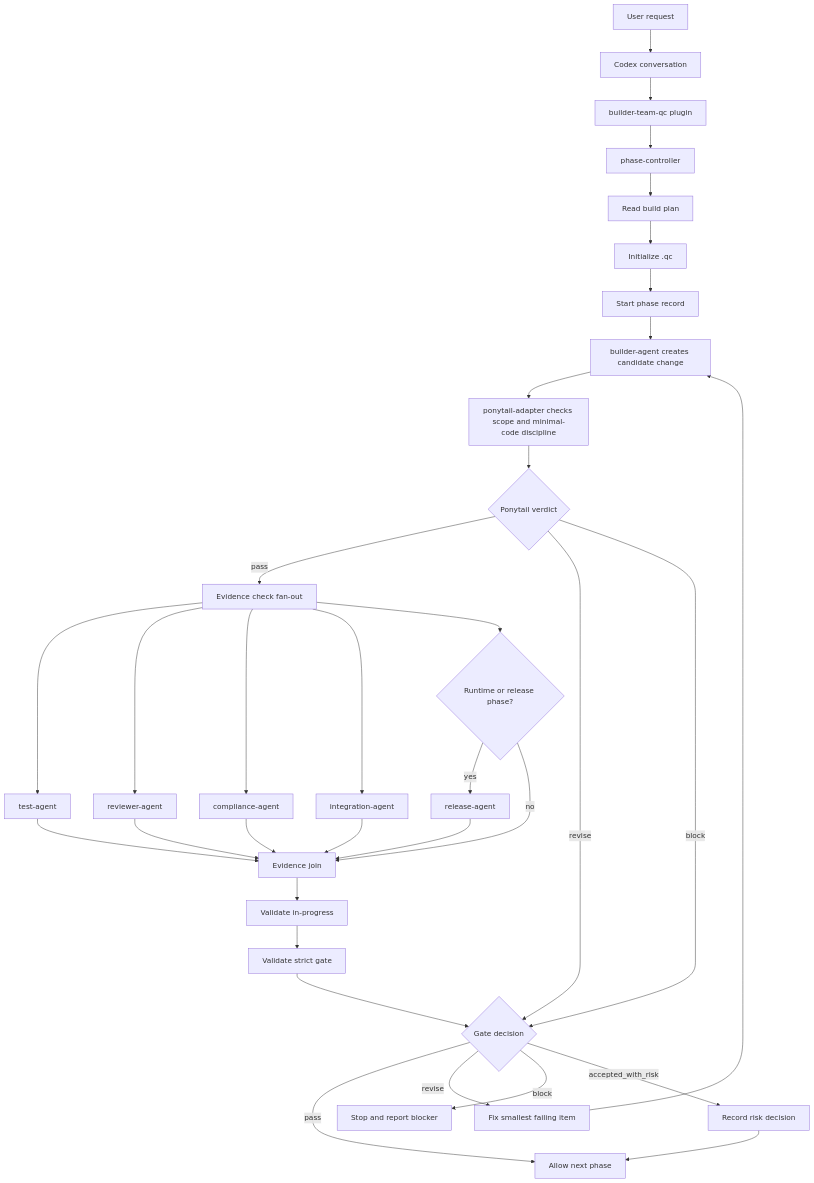
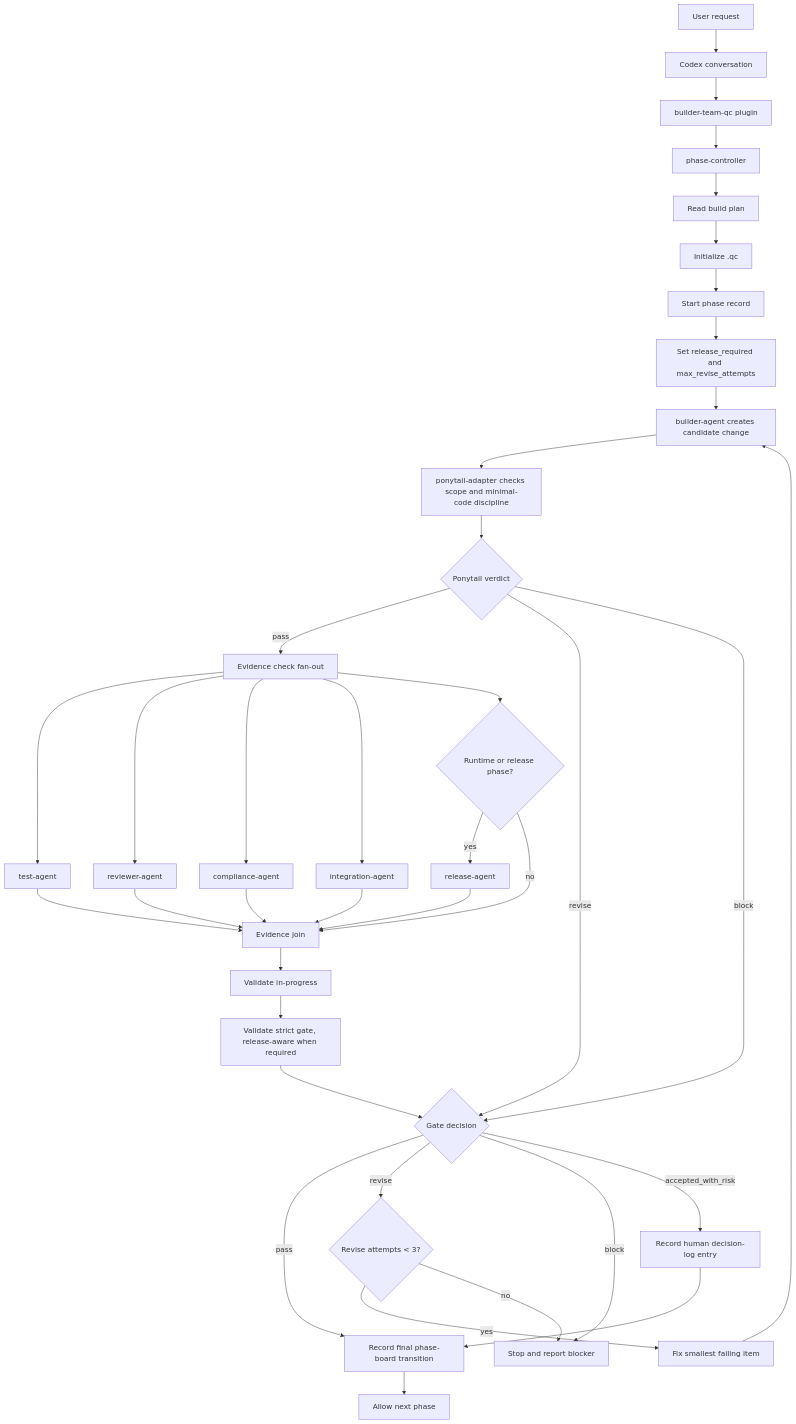
One commit to randy-aloop/everythingcodex changed the first of 4 diagrams in projects/builder-team-qc/plugin/docs/orchestration-diagram.md. Above: the diagram before and after it, drawn with Mermaid. The commit also changed other lines of this file and 6 other files, not shown here.

Commit message:
Harden builder-team-qc gate docs

````diff
--- a/projects/builder-team-qc/plugin/docs/orchestration-diagram.md
+++ b/projects/builder-team-qc/plugin/docs/orchestration-diagram.md
@@ -9,44 +11,48 @@
 ```mermaid
 flowchart TD
     U["User request"] --> C["Codex conversation"]
     C --> P["builder-team-qc plugin"]
     P --> PC["phase-controller"]
 
     PC --> PLAN["Read build plan"]
     PLAN --> INIT["Initialize .qc"]
     INIT --> START["Start phase record"]
-    START --> B["builder-agent creates candidate change"]
+    START --> META["Set release_required and max_revise_attempts"]
+    META --> B["builder-agent creates candidate change"]
 
     B --> PT["ponytail-adapter checks scope and minimal-code discipline"]
     PT --> PTG{"Ponytail verdict"}
 
     PTG -- "pass" --> FAN["Evidence check fan-out"]
     PTG -- "revise" --> GATE
     PTG -- "block" --> GATE
 
     FAN --> T["test-agent"]
     FAN --> R["reviewer-agent"]
     FAN --> CMP["compliance-agent"]
     FAN --> I["integration-agent"]
     FAN --> REL{"Runtime or release phase?"}
 
     REL -- "yes" --> RA["release-agent"]
     REL -- "no" --> JOIN["Evidence join"]
 
     T --> JOIN
     R --> JOIN
     CMP --> JOIN
     I --> JOIN
     RA --> JOIN
 
     JOIN --> V1["Validate in-progress"]
-    V1 --> V2["Validate strict gate"]
+    V1 --> V2["Validate strict gate, release-aware when required"]
     V2 --> GATE{"Gate decision"}
 
-    GATE -- "pass" --> NEXT["Allow next phase"]
-    GATE -- "revise" --> FIX["Fix smallest failing item"]
+    GATE -- "pass" --> BOARD["Record final phase-board transition"]
+    BOARD --> NEXT["Allow next phase"]
+    GATE -- "revise" --> CAP{"Revise attempts < 3?"}
+    CAP -- "yes" --> FIX["Fix smallest failing item"]
     FIX --> B
+    CAP -- "no" --> STOP
     GATE -- "block" --> STOP["Stop and report blocker"]
-    GATE -- "accepted_with_risk" --> RISK["Record risk decision"]
-    RISK --> NEXT
+    GATE -- "accepted_with_risk" --> RISK["Record human decision-log entry"]
+    RISK --> BOARD
 ```
````
